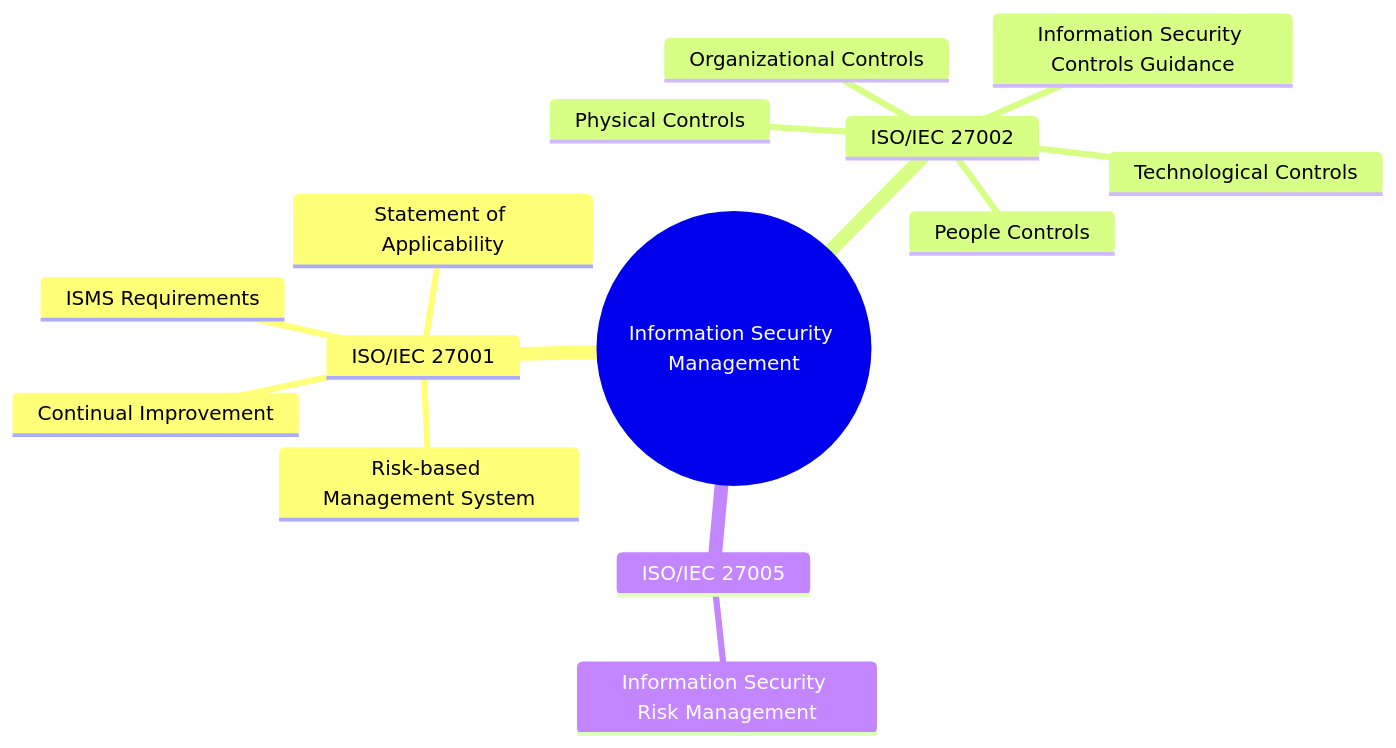
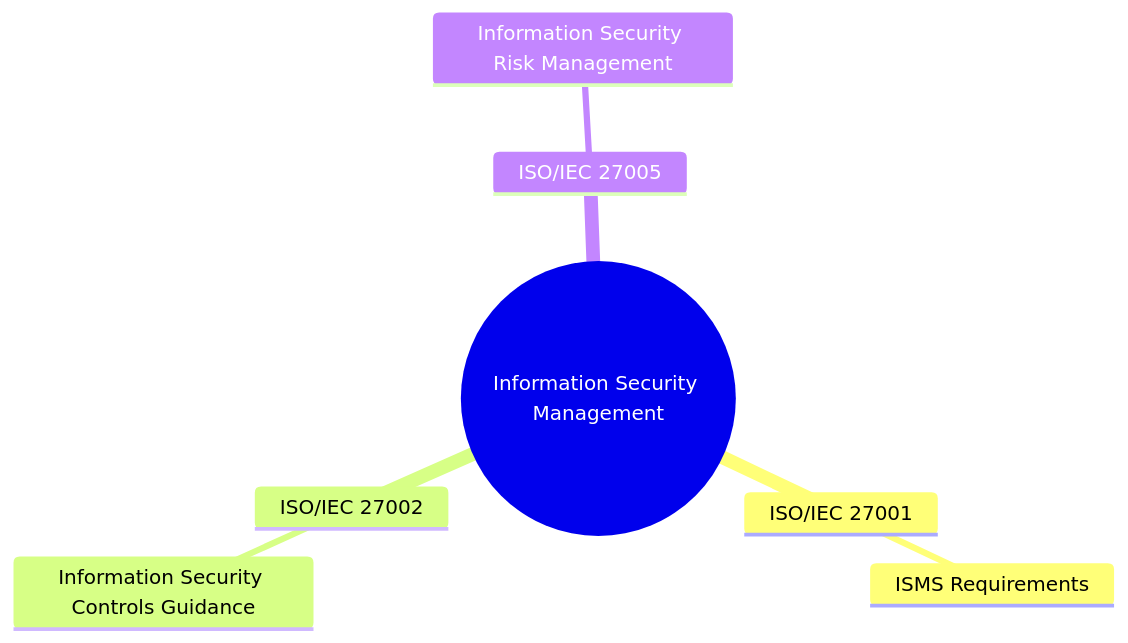
One commit to carybdea/mindmaps changed the diagram in cybersecurity-grc-map/docs/information-security-management.md. Above: the diagram before and after it, drawn with Mermaid. The commit also changed 19 other files, not shown here.

First line of the commit message:
Reorganize mind map structure

````diff
--- a/cybersecurity-grc-map/docs/information-security-management.md
+++ b/cybersecurity-grc-map/docs/information-security-management.md
@@ -3,17 +3,10 @@
 ```mermaid
 mindmap
   root((Information Security Management))
     ISO/IEC 27001
       ISMS Requirements
-      Risk-based Management System
-      Statement of Applicability
-      Continual Improvement
     ISO/IEC 27002
       Information Security Controls Guidance
-      Organizational Controls
-      People Controls
-      Physical Controls
-      Technological Controls
     ISO/IEC 27005
       Information Security Risk Management
 ```
````
